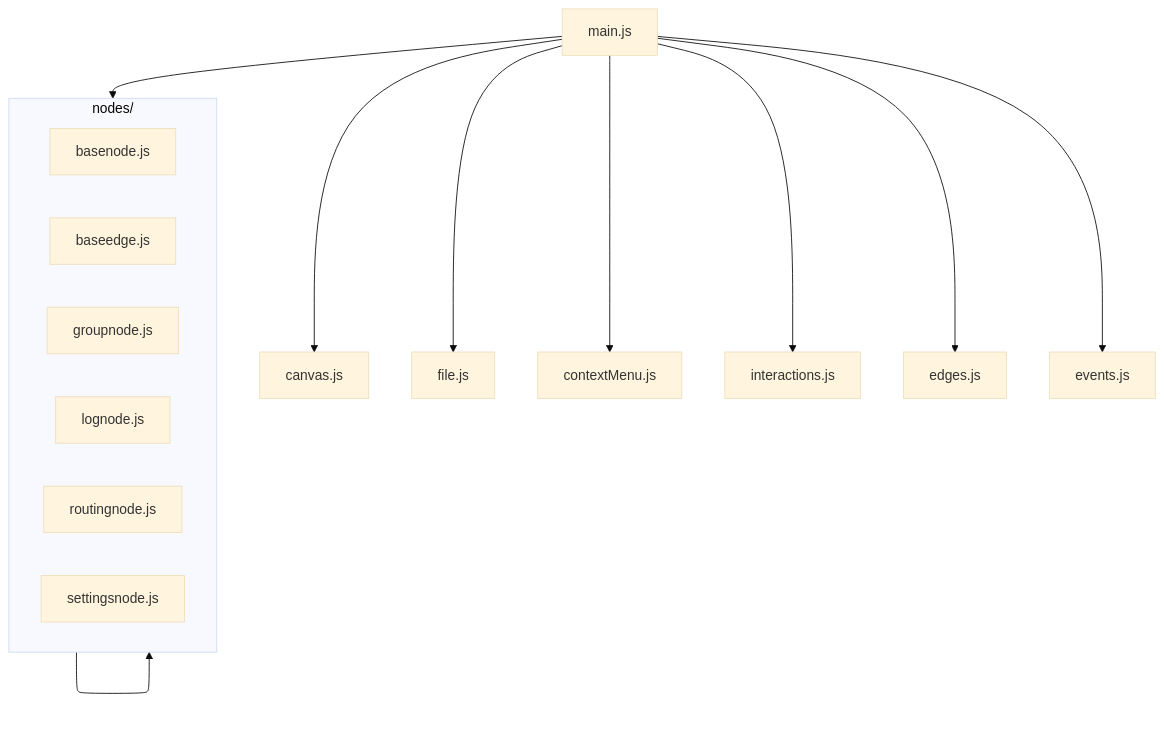
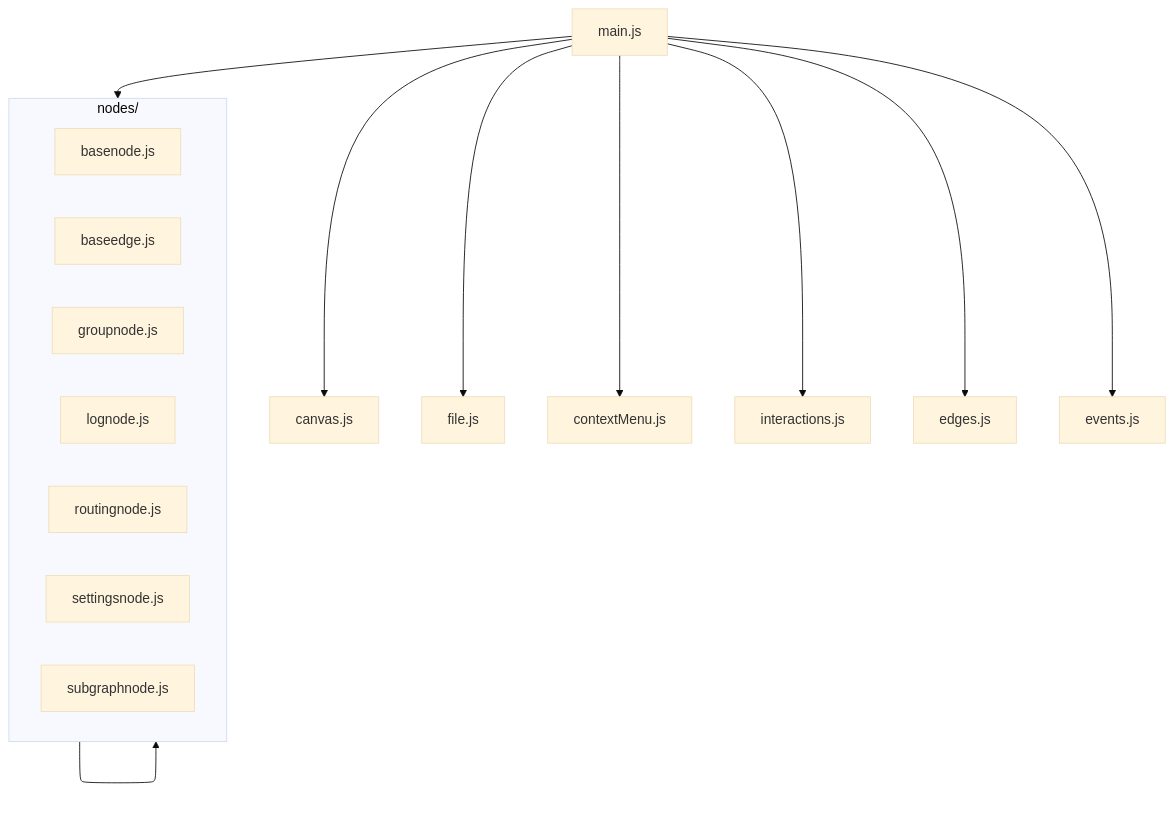
One commit to DangerDrome/NodeUI changed the diagram in memory-bank/techContext.md. Above: the diagram before and after it, drawn with Mermaid (base theme). The commit also changed other lines of this file and 4 other files, not shown here.

````diff
--- a/memory-bank/techContext.md
+++ b/memory-bank/techContext.md
@@ -58,21 +59,22 @@
 ```mermaid
 flowchart TD
     main[main.js] --> canvas[canvas.js]
     main --> file[file.js]
     main --> contextmenu[contextMenu.js]
     main --> nodes[nodes.js]
     main --> interactions[interactions.js]
     main --> edges[edges.js]
     main --> events[events.js]
     
     subgraph nodes[nodes/]
         basenode[basenode.js]
         baseedge[baseedge.js]
         groupnode[groupnode.js]
         lognode[lognode.js]
         routingnode[routingnode.js]
         settingsnode[settingsnode.js]
+        subgraphnode[subgraphnode.js]
     end
     
     nodes --> nodes
 ```
````
